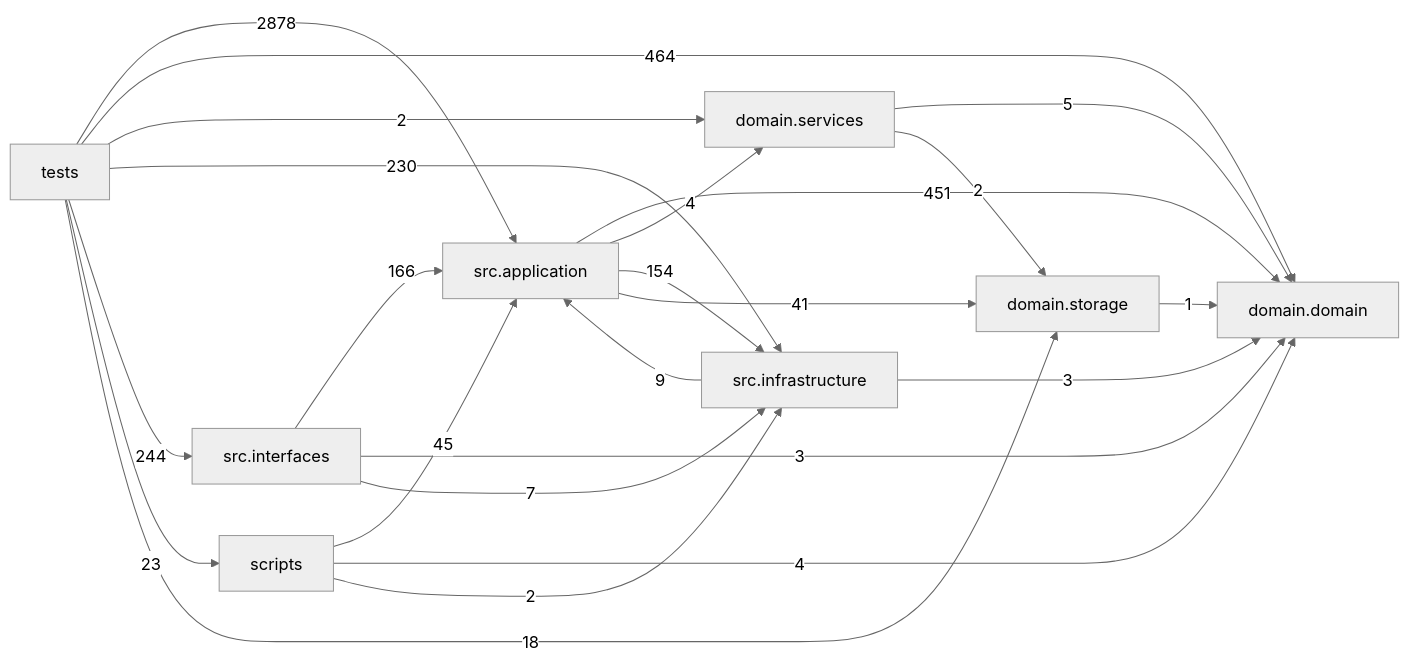
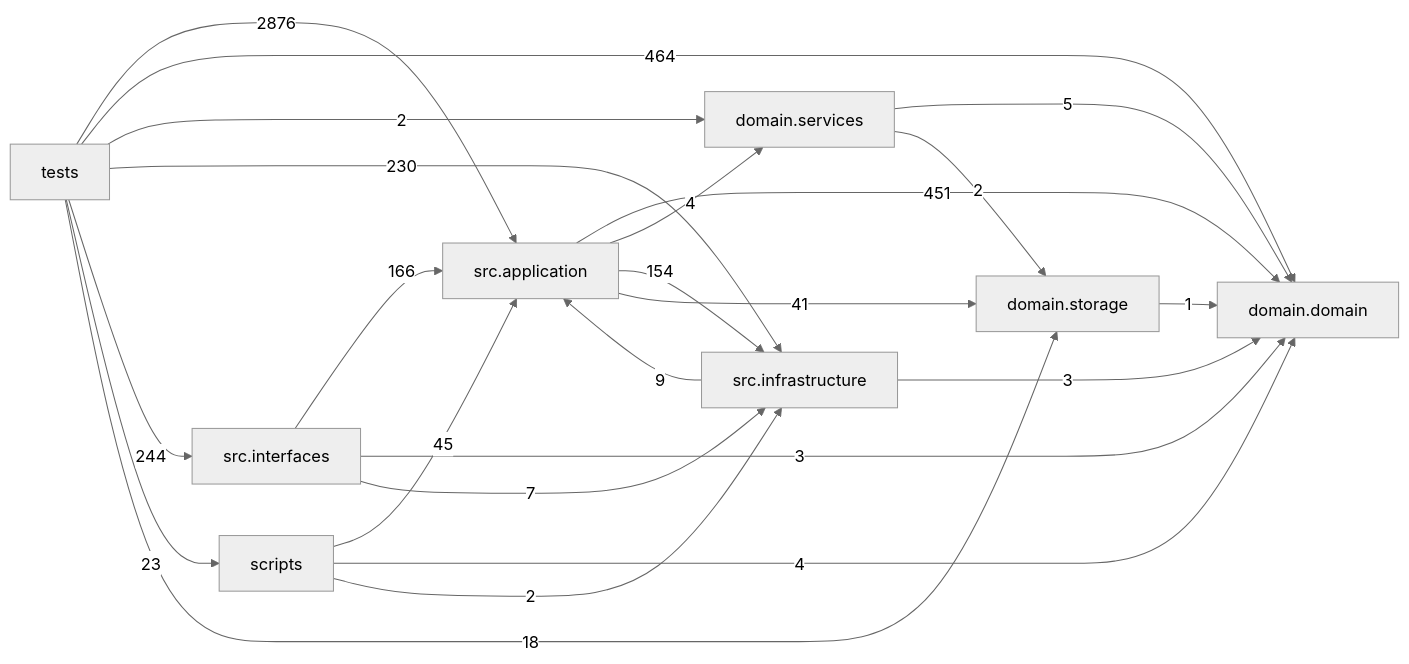
One commit to liuxie066/options-monitor changed the diagram in docs/DEPENDENCY_GRAPH.md. Above: the diagram before and after it, drawn with Mermaid (neutral theme). The commit also changed other lines of this file and 16 other files, not shown here.

````diff
--- a/docs/DEPENDENCY_GRAPH.md
+++ b/docs/DEPENDENCY_GRAPH.md
@@ -24,33 +24,33 @@
 ```mermaid
 flowchart LR
   tests["tests"]
   scripts["scripts"]
   interfaces["src.interfaces"]
   application["src.application"]
   infrastructure["src.infrastructure"]
   domain_services["domain.services"]
   domain["domain.domain"]
   storage["domain.storage"]
   application -->|451| domain
   application -->|4| domain_services
   application -->|154| infrastructure
   application -->|41| storage
   domain_services -->|5| domain
   domain_services -->|2| storage
   infrastructure -->|9| application
   infrastructure -->|3| domain
   interfaces -->|166| application
   interfaces -->|3| domain
   interfaces -->|7| infrastructure
   scripts -->|45| application
   scripts -->|4| domain
   scripts -->|2| infrastructure
   storage -->|1| domain
-  tests -->|2878| application
+  tests -->|2876| application
   tests -->|464| domain
   tests -->|2| domain_services
   tests -->|230| infrastructure
   tests -->|244| interfaces
   tests -->|23| scripts
   tests -->|18| storage
 ```
````
